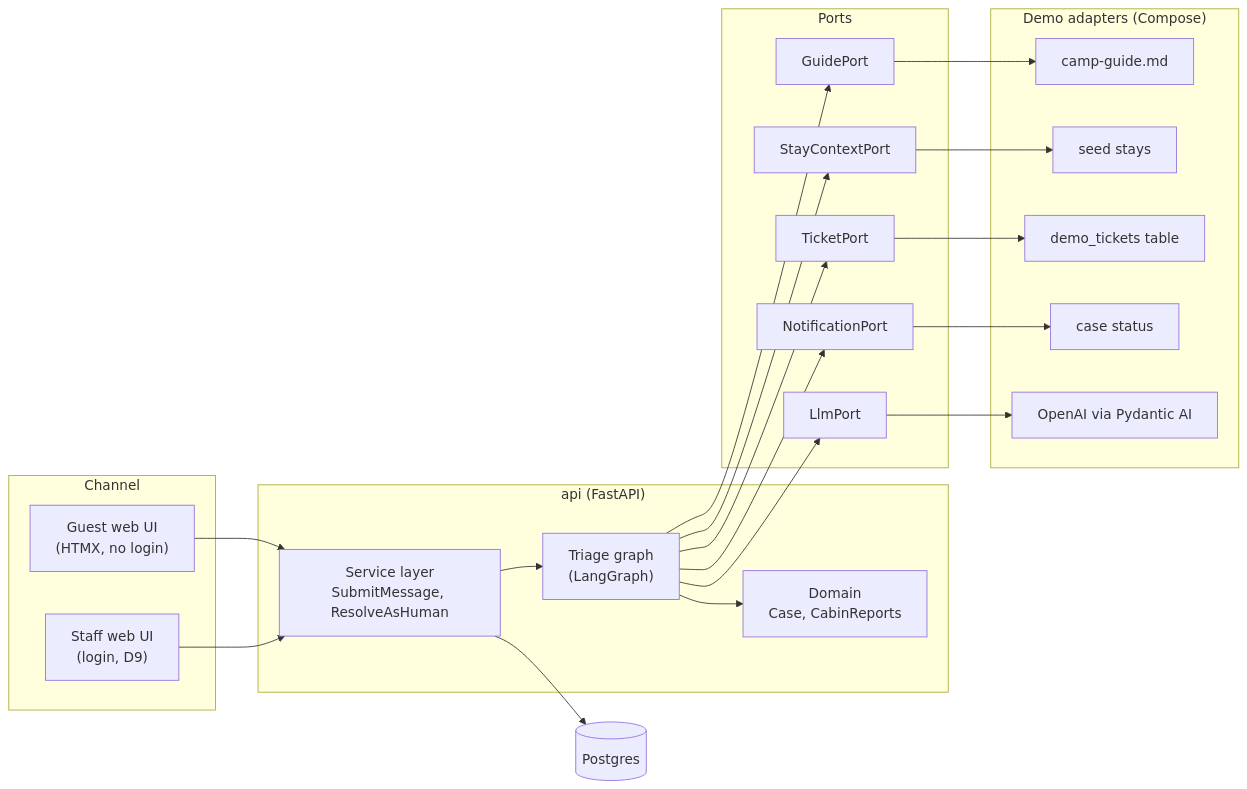
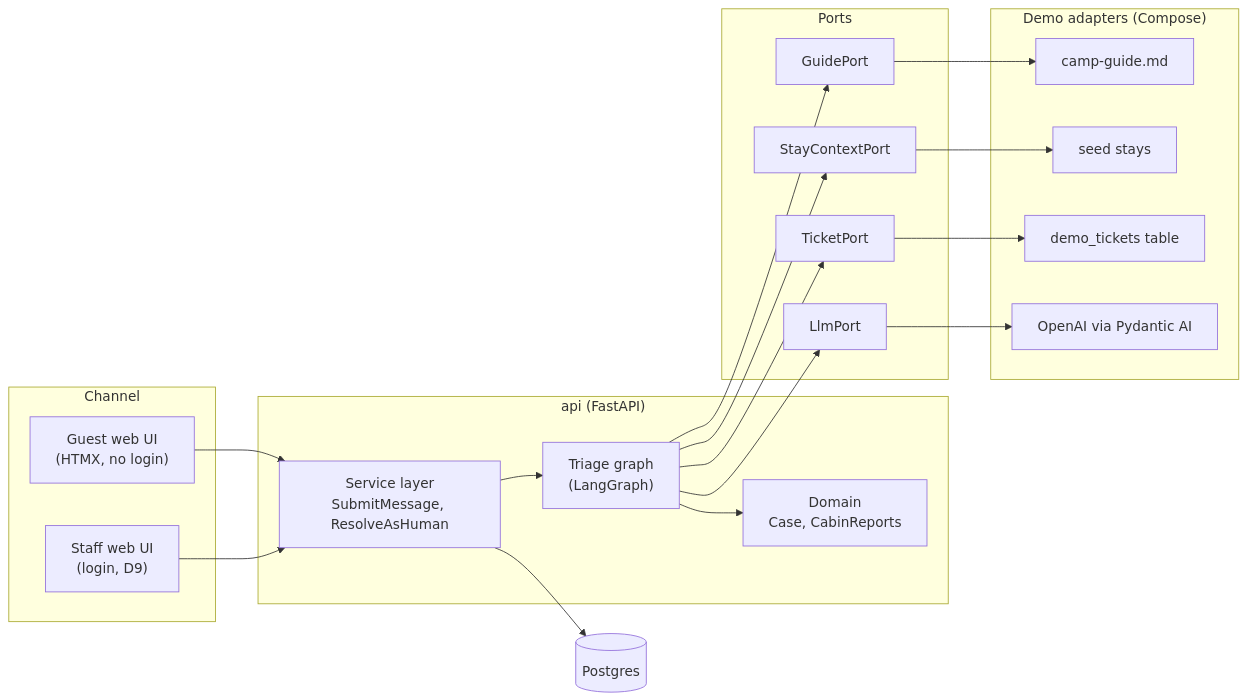
One commit to nish1013/camp-guest-ai-agent changed the first of 7 diagrams in docs/architecture.md. Above: the diagram before and after it, drawn with Mermaid. The commit also changed other lines of this file and 1 other file, not shown here.

First line of the commit message:
docs: guest page diagram and deviations D20-D22

````diff
--- a/docs/architecture.md
+++ b/docs/architecture.md
@@ -9,36 +9,33 @@
 ```mermaid
 flowchart LR
   subgraph Channel
     Guest["Guest web UI<br/>(HTMX, no login)"]
     Staff["Staff web UI<br/>(login, D9)"]
   end
   subgraph App["api (FastAPI)"]
     Service["Service layer<br/>SubmitMessage, ResolveAsHuman"]
     Graph["Triage graph<br/>(LangGraph)"]
     Domain["Domain<br/>Case, CabinReports"]
   end
   subgraph Ports
     GuidePort
     StayContextPort
     TicketPort
-    NotificationPort
     LlmPort
   end
   subgraph Demo["Demo adapters (Compose)"]
     GuideMd["camp-guide.md"]
     SeedStays["seed stays"]
     DemoTickets["demo_tickets table"]
-    CaseStatus["case status"]
     OpenAI["OpenAI via Pydantic AI"]
   end
   Guest --> Service
   Staff --> Service
   Service --> Graph
   Graph --> Domain
   Graph --> GuidePort --> GuideMd
   Graph --> StayContextPort --> SeedStays
   Graph --> TicketPort --> DemoTickets
-  Graph --> NotificationPort --> CaseStatus
   Graph --> LlmPort --> OpenAI
   Service --> DB[("Postgres")]
 ```
````
